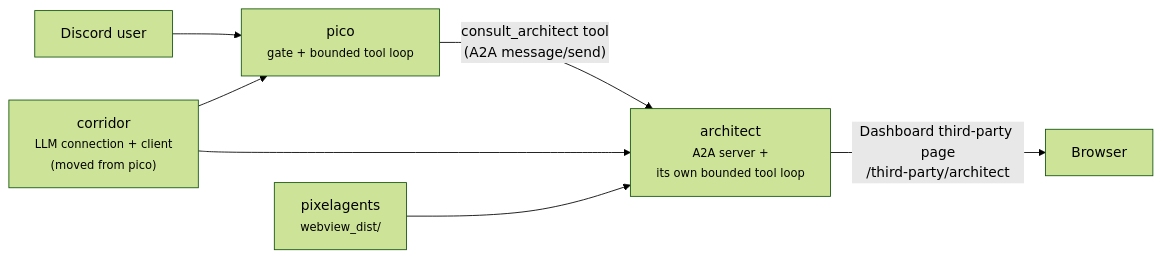
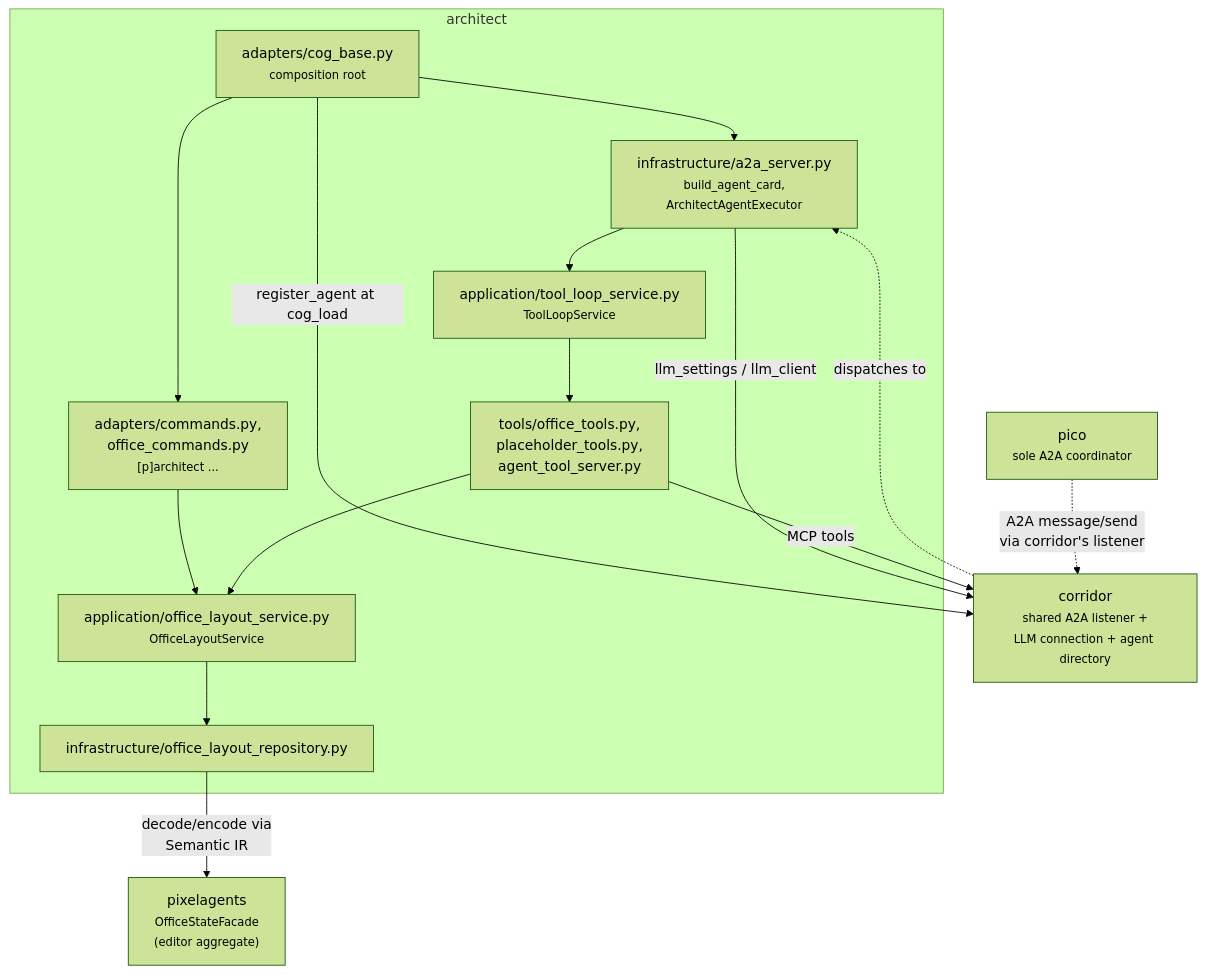
One commit to pixel-agents-hq/pixel-agents-cogs changed the first of 3 diagrams in docs/architect-design.md. Above: the diagram before and after it, drawn with Mermaid (forest theme). The commit also changed other lines of this file and 39 other files, not shown here.

````diff
--- a/docs/architect-design.md
+++ b/docs/architect-design.md
@@ -52,9 +36,30 @@
 ```mermaid
-flowchart LR
-    U["Discord user"] --> P["pico<br/><small>gate + bounded tool loop</small>"]
-    P -->|"consult_architect tool<br/>(A2A message/send)"| A["architect<br/><small>A2A server +<br/>its own bounded tool loop</small>"]
-    C["corridor<br/><small>LLM connection + client<br/>(moved from pico)</small>"] --> P
-    C --> A
-    PA["pixelagents<br/><small>webview_dist/</small>"] --> A
-    A -->|"Dashboard third-party page<br/>/third-party/architect"| B["Browser"]
+flowchart TB
+    subgraph architect
+        cogbase["adapters/cog_base.py<br/><small>composition root</small>"]
+        commands["adapters/commands.py,<br/>office_commands.py<br/><small>[p]architect ...</small>"]
+        a2a["infrastructure/a2a_server.py<br/><small>build_agent_card,<br/>ArchitectAgentExecutor</small>"]
+        toolloop["application/tool_loop_service.py<br/><small>ToolLoopService</small>"]
+        officetools["tools/office_tools.py,<br/>placeholder_tools.py,<br/>agent_tool_server.py"]
+        officeservice["application/office_layout_service.py<br/><small>OfficeLayoutService</small>"]
+        repo["infrastructure/office_layout_repository.py"]
+    end
+
+    corridor["corridor<br/><small>shared A2A listener +<br/>LLM connection + agent directory</small>"]
+    pixelagents["pixelagents<br/><small>OfficeStateFacade<br/>(editor aggregate)</small>"]
+    pico["pico<br/><small>sole A2A coordinator</small>"]
+
+    pico -.->|"A2A message/send<br/>via corridor's listener"| corridor
+    corridor -.->|dispatches to| a2a
+    cogbase --> a2a
+    cogbase --> commands
+    cogbase -->|register_agent at cog_load| corridor
+    a2a --> toolloop
+    toolloop --> officetools
+    commands --> officeservice
+    officetools --> officeservice
+    officeservice --> repo
+    repo -->|"decode/encode via<br/>Semantic IR"| pixelagents
+    a2a -->|llm_settings / llm_client| corridor
+    officetools -->|MCP tools| corridor
 ```
````
